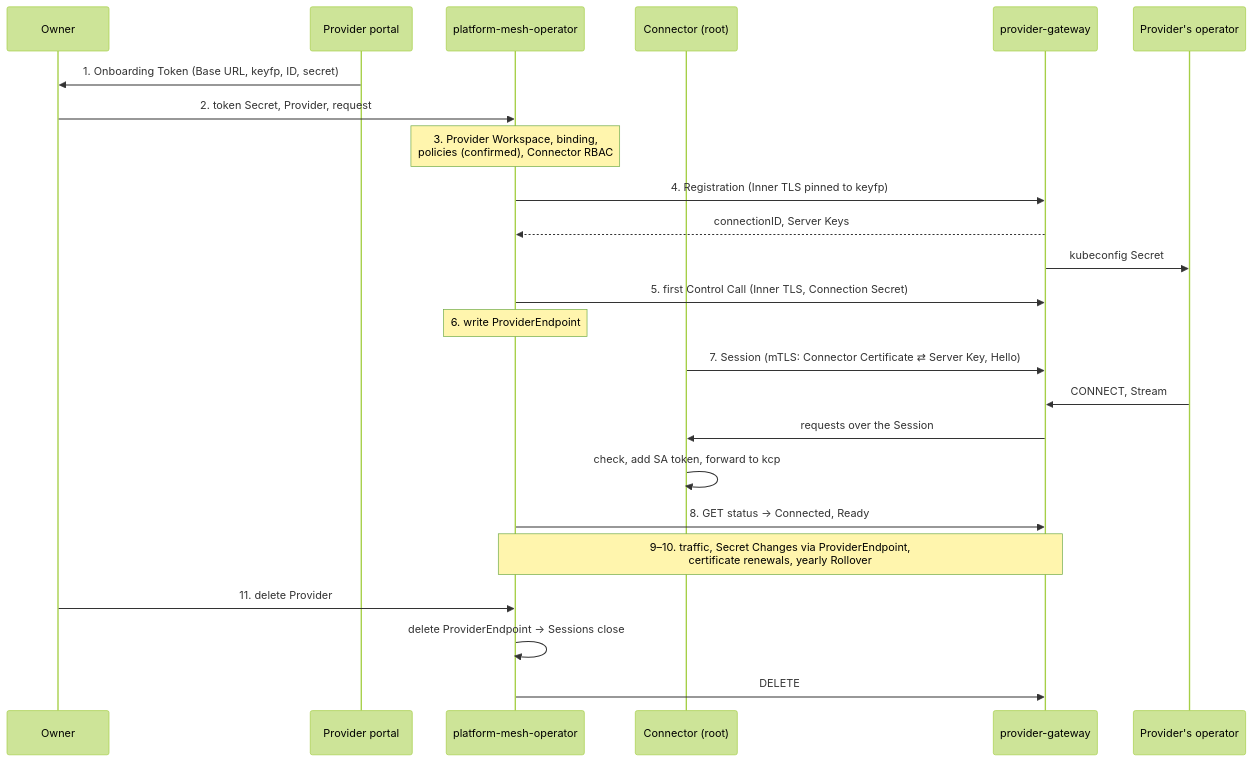
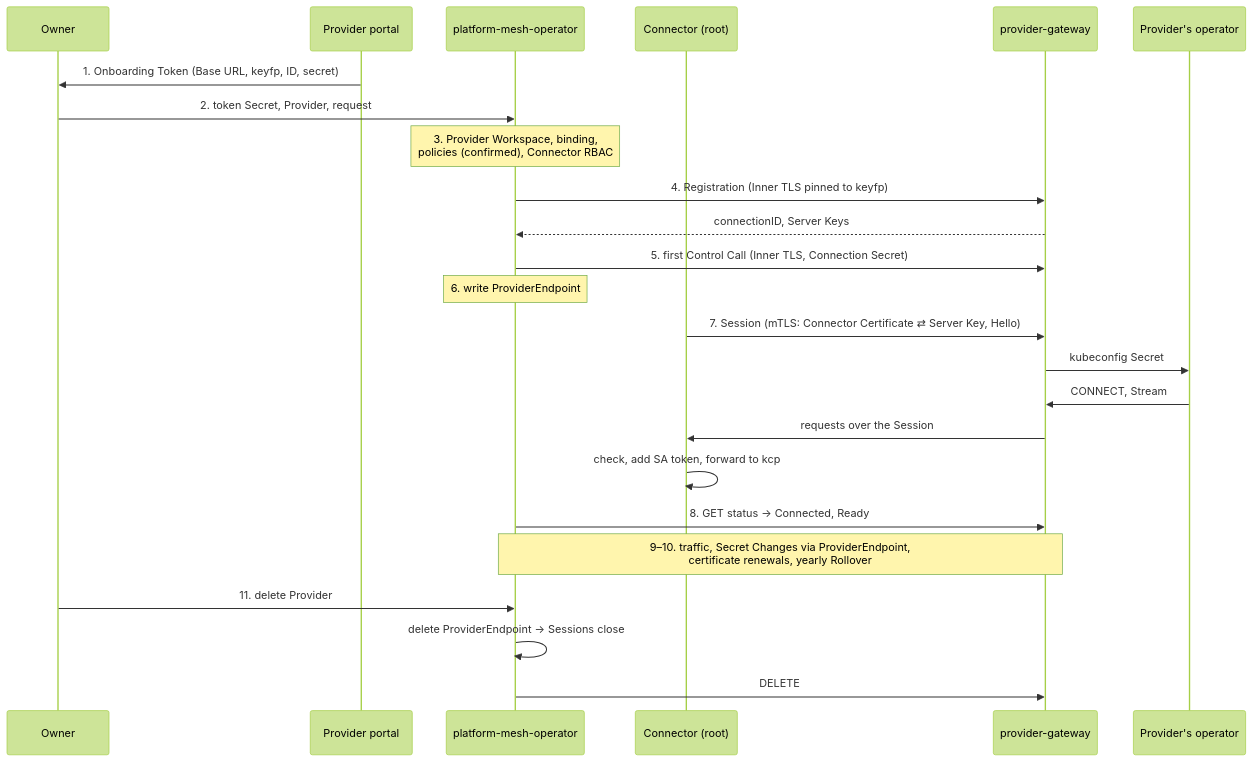
The second of 2 diagrams in rfc/xxx-notes-011-v5-flow-walkthrough.md (gman0/pm-architecture), drawn with Mermaid (forest theme) before and after one commit. The commit also changed other lines of this file and 3 other files, not shown here.

Commit message:
notes: fixes around cluster names, kubeconfig secret creation

````diff
--- a/rfc/xxx-notes-011-v5-flow-walkthrough.md
+++ b/rfc/xxx-notes-011-v5-flow-walkthrough.md
@@ -575,27 +617,27 @@
 ```mermaid
 sequenceDiagram
     participant Ow as Owner
     participant Po as Provider portal
     participant Op as platform-mesh-operator
     participant C as Connector (root)
     participant G as provider-gateway
     participant P as Provider's operator
 
     Po->>Ow: 1. Onboarding Token (Base URL, keyfp, ID, secret)
     Ow->>Op: 2. token Secret, Provider, request
     Note over Op: 3. Provider Workspace, binding,<br/>policies (confirmed), Connector RBAC
     Op->>G: 4. Registration (Inner TLS pinned to keyfp)
     G-->>Op: connectionID, Server Keys
-    G->>P: kubeconfig Secret
     Op->>G: 5. first Control Call (Inner TLS, Connection Secret)
     Note over Op: 6. write ProviderEndpoint
     C->>G: 7. Session (mTLS: Connector Certificate ⇄ Server Key, Hello)
+    G->>P: kubeconfig Secret
     P->>G: CONNECT, Stream
     G->>C: requests over the Session
     C->>C: check, add SA token, forward to kcp
     Op->>G: 8. GET status → Connected, Ready
     Note over Op,G: 9–10. traffic, Secret Changes via ProviderEndpoint,<br/>certificate renewals, yearly Rollover
     Ow->>Op: 11. delete Provider
     Op->>Op: delete ProviderEndpoint → Sessions close
     Op->>G: DELETE
 ```
````
